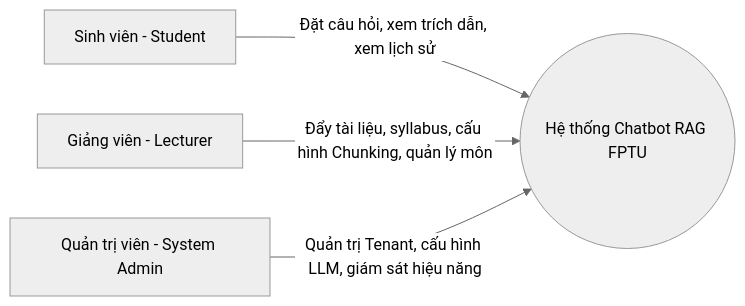
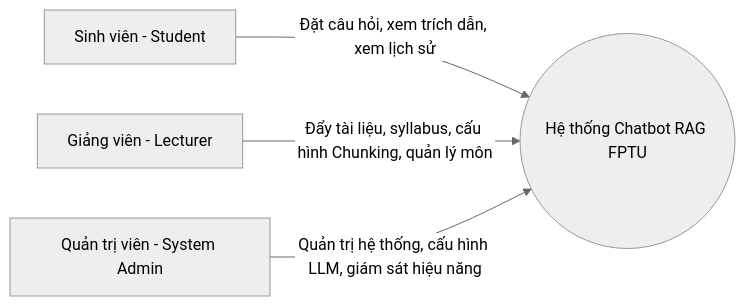
Before and after one commit to lgdlong/chatbot-rag-fptu: the diagram in docs/system_requirements.md, drawn with Mermaid (neutral theme). The commit also changed other lines of this file and 19 other files, not shown here.

````diff
--- a/docs/system_requirements.md
+++ b/docs/system_requirements.md
@@ -11,6 +11,6 @@
 ```mermaid
 flowchart LR
     Student[Sinh viên - Student] -->|Đặt câu hỏi, xem trích dẫn, xem lịch sử| System((Hệ thống Chatbot RAG FPTU))
     Lecturer[Giảng viên - Lecturer] -->|Đẩy tài liệu, syllabus, cấu hình Chunking, quản lý môn| System
-    Admin[Quản trị viên - System Admin] -->|Quản trị Tenant, cấu hình LLM, giám sát hiệu năng| System
+    Admin[Quản trị viên - System Admin] -->|Quản trị hệ thống, cấu hình LLM, giám sát hiệu năng| System
 ```
````
